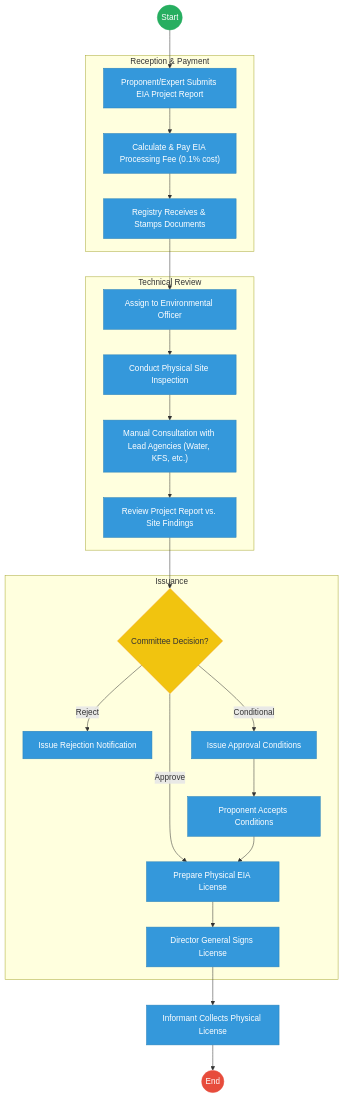
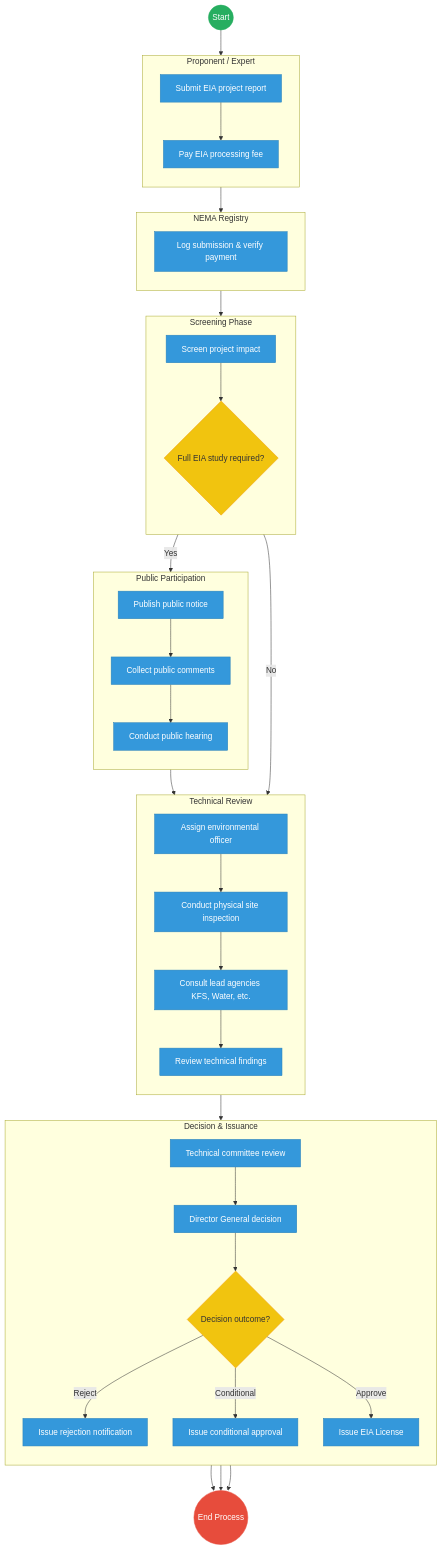
The first of 2 diagrams in mdas/docs_final/priority_mdas/National_Environment_Management_Authority___Service_Delivery.md (BITZ-IT-Consulting-LTD/ictapoc), drawn with Mermaid before and after one commit. The commit also changed other lines of this file and 109 other files, not shown here.

````diff
--- a/mdas/docs_final/priority_mdas/National_Environment_Management_Authority___Service_Delivery.md
+++ b/mdas/docs_final/priority_mdas/National_Environment_Management_Authority___Service_Delivery.md
@@ -21,40 +21,89 @@
 ```mermaid
-graph TD
-    Start((Start)) --> Submit["Proponent/Expert Submits EIA Project Report"]
+flowchart TD
+    %% Events
+    Start((Start))
+    EndProcess((End Process))
+
+    subgraph Proponent [Proponent / Expert]
+        direction TB
+        SubRep[Submit EIA project report]
+        PayFee[Pay EIA processing fee]
+    end
+
+    subgraph Registry [NEMA Registry]
+        direction TB
+        LogSub[Log submission & verify payment]
+    end
+
+    subgraph ScreenPhase [Screening Phase]
+        direction TB
+        ScreenProj[Screen project impact]
+        ScreenGateway{Full EIA study required?}
+    end
+
+    subgraph PublicPart [Public Participation]
+        direction TB
+        PubNotice[Publish public notice]
+        CollComm[Collect public comments]
+        PubHear[Conduct public hearing]
+    end
+
+    subgraph TechReview [Technical Review]
+        direction TB
+        AssignOff[Assign environmental officer]
+        SiteInsp[Conduct physical site inspection]
+        LeadCons[Consult lead agencies KFS, Water, etc.]
+        RevFind[Review technical findings]
+    end
+
+    subgraph Decision [Decision & Issuance]
+        direction TB
+        CommRev[Technical committee review]
+        DGDecision[Director General decision]
+        DecGateway{Decision outcome?}
+        IssueRej[Issue rejection notification]
+        IssueCond[Issue conditional approval]
+        IssueLic[Issue EIA License]
+    end
+
+    %% Flow connections
+    Start --> SubRep
+    SubRep --> PayFee
+    PayFee --> LogSub
+    LogSub --> ScreenProj
+    ScreenProj --> ScreenGateway
     
-    subgraph Intake [Reception & Payment]
-        Submit --> PayFee["Calculate & Pay EIA Processing Fee (0.1% cost)"]
-        PayFee --> Register["Registry Receives & Stamps Documents"]
-    end
+    ScreenGateway -- "Yes" --> PubNotice
+    PubNotice --> CollComm
+    CollComm --> PubHear
+    PubHear --> AssignOff
     
-    subgraph Vetting [Technical Review]
-        Register --> Assign["Assign to Environmental Officer"]
-        Assign --> SiteVisit["Conduct Physical Site Inspection"]
-        SiteVisit --> Consult["Manual Consultation with Lead Agencies (Water, KFS, etc.)"]
-        Consult --> Review["Review Project Report vs. Site Findings"]
-    end
+    ScreenGateway -- "No" --> AssignOff
     
-    subgraph Approval [Issuance]
-        Review --> Comm{"Committee Decision?"}
-        
-        Comm -- "Reject" --> Rej["Issue Rejection Notification"]
-        Comm -- "Conditional" --> Cond["Issue Approval Conditions"]
-        Comm -- "Approve" --> PrepLicense["Prepare Physical EIA License"]
-        
-        Cond --> ProponentAppr["Proponent Accepts Conditions"]
-        ProponentAppr --> PrepLicense
-        PrepLicense --> Sign["Director General Signs License"]
-    end
+    AssignOff --> SiteInsp
+    SiteInsp --> LeadCons
+    LeadCons --> RevFind
     
-    Sign --> Issue["Informant Collects Physical License"]
-    Issue --> End((End))
+    RevFind --> CommRev
+    CommRev --> DGDecision
+    DGDecision --> DecGateway
+    
+    DecGateway -- "Reject" --> IssueRej
+    DecGateway -- "Conditional" --> IssueCond
+    DecGateway -- "Approve" --> IssueLic
+    
+    IssueRej --> EndProcess
+    IssueCond --> EndProcess
+    IssueLic --> EndProcess
 
-    classDef start fill:#27ae60,stroke:#27ae60,color:#fff;
-    classDef endNode fill:#e74c3c,stroke:#e74c3c,color:#fff;
+    %% Styling
+    classDef startEvent fill:#27ae60,stroke:#27ae60,color:#fff;
+    classDef endEvent fill:#e74c3c,stroke:#e74c3c,color:#fff;
     classDef userTask fill:#3498db,stroke:#2980b9,color:#fff;
     classDef gateway fill:#f1c40f,stroke:#f39c12,color:#333;
-    class Start start;
-    class End endNode;
-    class Comm gateway;
-    class Submit,PayFee,Register,Assign,SiteVisit,Consult,Review,Rej,Cond,PrepLicense,ProponentAppr,Sign,Issue userTask;
+    
+    class Start startEvent;
+    class EndProcess endEvent;
+    class ScreenGateway,DecGateway gateway;
+    class SubRep,PayFee,LogSub,ScreenProj,PubNotice,CollComm,PubHear,AssignOff,SiteInsp,LeadCons,RevFind,CommRev,DGDecision,IssueRej,IssueCond,IssueLic userTask;
 ```
````
